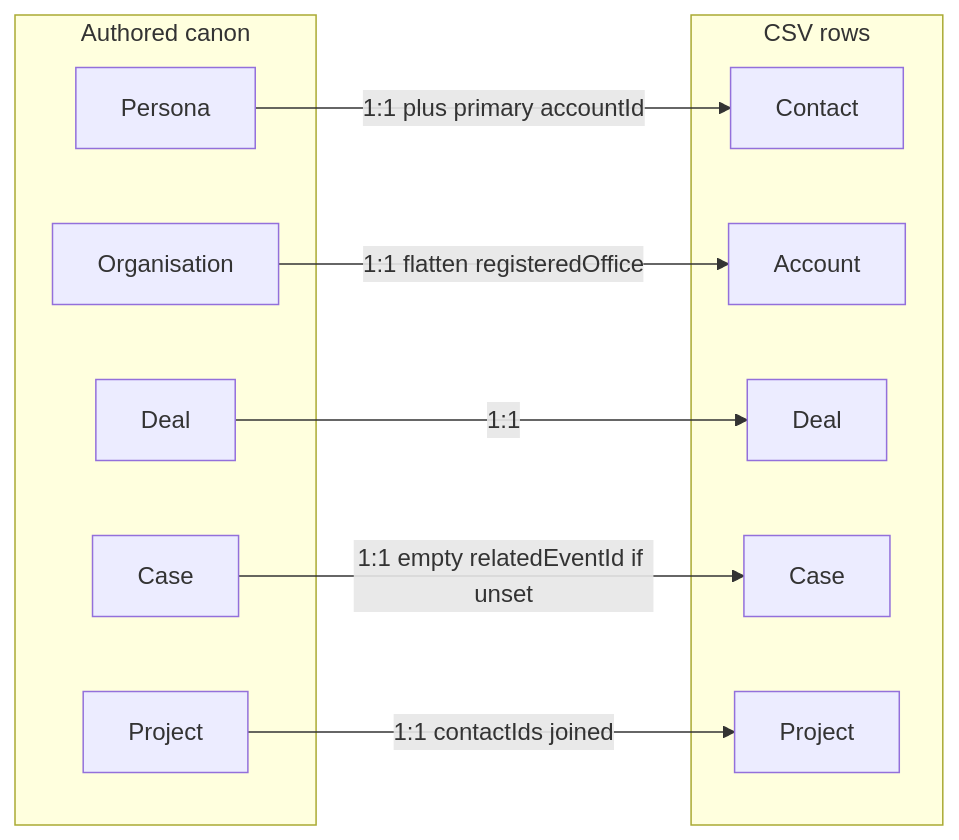
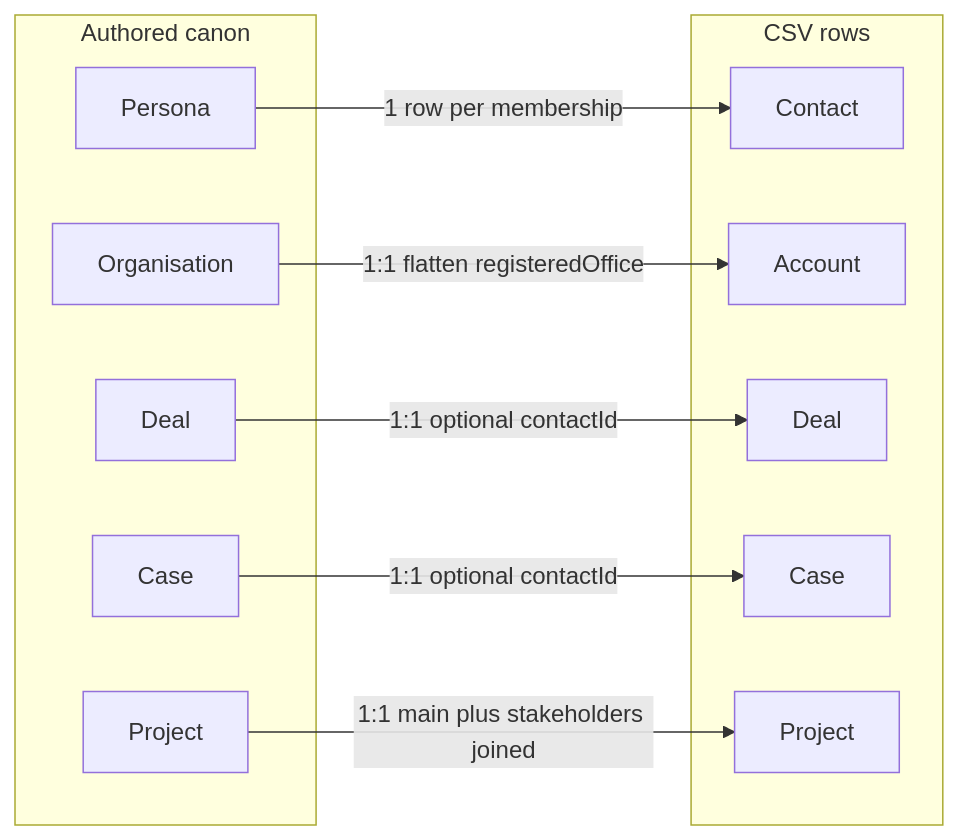
One commit to markheydon/turpinverse changed the fourth of 4 diagrams in docs/entity-relationships.md. Above: the diagram before and after it, drawn with Mermaid. The commit also changed other lines of this file and 3 other files, not shown here.

First line of the commit message:
Document target CRM join graph and link correction issue.

````diff
--- a/docs/entity-relationships.md
+++ b/docs/entity-relationships.md
@@ -97,22 +129,22 @@
 ```mermaid
 flowchart LR
     subgraph canon [Authored canon]
         Persona
         Organisation
         Deal
         Case
         Project
     end
     subgraph csv [CSV rows]
         Contact
         Account
         DealRow[Deal]
         CaseRow[Case]
         ProjectRow[Project]
     end
-    Persona -->|1:1 plus primary accountId| Contact
-    Organisation -->|1:1 flatten registeredOffice| Account
-    Deal -->|1:1| DealRow
-    Case -->|1:1 empty relatedEventId if unset| CaseRow
-    Project -->|1:1 contactIds joined| ProjectRow
+    Persona -->|"1 row per membership"| Contact
+    Organisation -->|"1:1 flatten registeredOffice"| Account
+    Deal -->|"1:1 optional contactId"| DealRow
+    Case -->|"1:1 optional contactId"| CaseRow
+    Project -->|"1:1 main plus stakeholders joined"| ProjectRow
 ```
````
